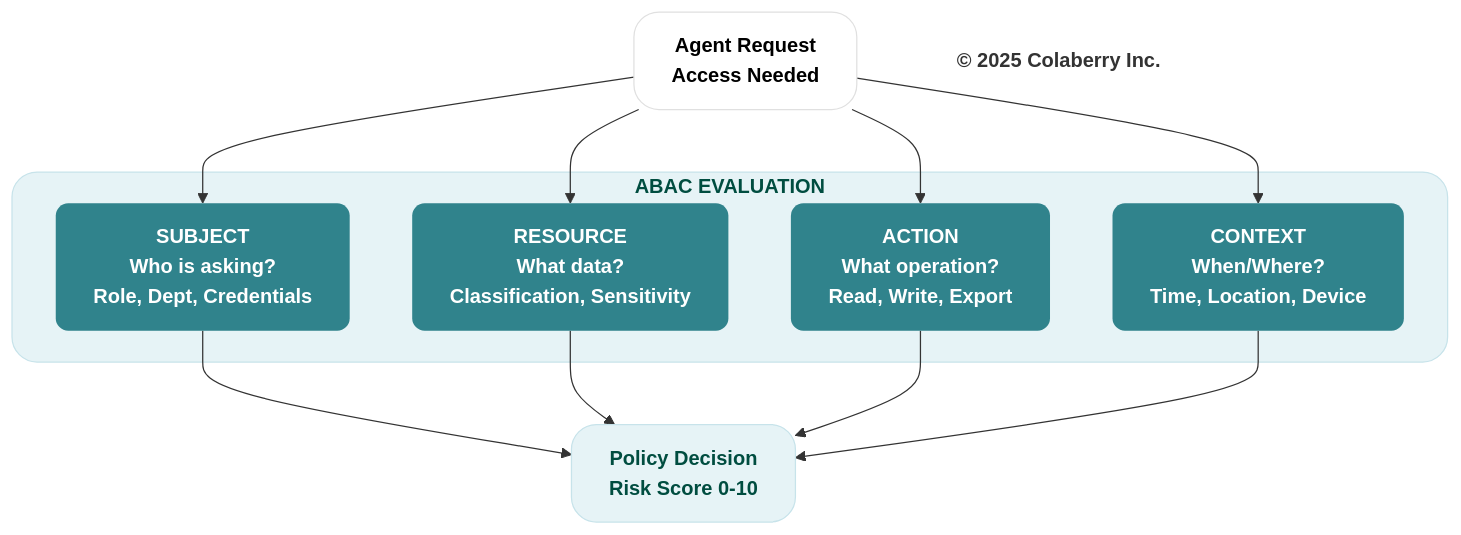
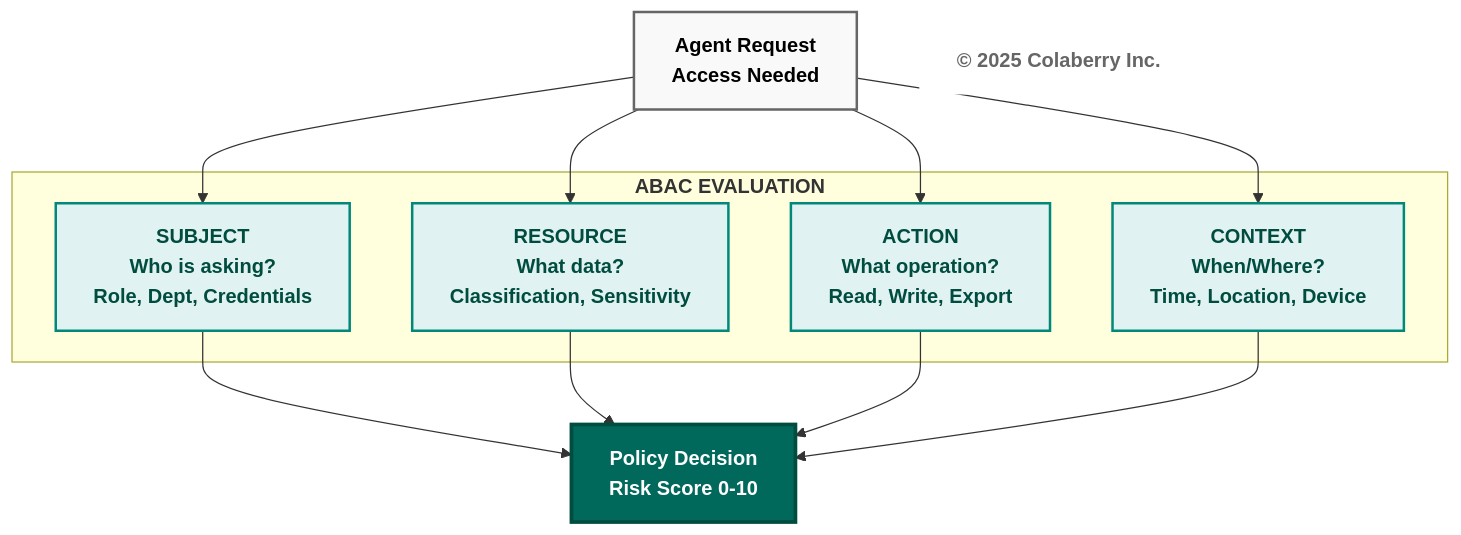
The fifth of 14 diagrams in manuscript/07_chapter_6_transparency_orchestration_layers.md (saitejesh-cyber/trust-before-intelligence-book), drawn with Mermaid before and after one commit. The commit also changed other lines of this file and 12 other files, not shown here.

Commit message:
Restore legacy Mermaid styles for Option 1

````diff
--- a/manuscript/07_chapter_6_transparency_orchestration_layers.md
+++ b/manuscript/07_chapter_6_transparency_orchestration_layers.md
@@ -400,33 +397,32 @@
 ```mermaid
 graph TB
     Query["<b>Agent Request</b><br/><b>Access Needed</b>"]
     
-    subgraph ABAC_EVAL["<b>ABAC EVALUATION</b>"]
+    subgraph "<b>ABAC EVALUATION</b>"
         S["<b>SUBJECT</b><br/><b>Who is asking?</b><br/><b>Role, Dept, Credentials</b>"]
         R["<b>RESOURCE</b><br/><b>What data?</b><br/><b>Classification, Sensitivity</b>"]
         A["<b>ACTION</b><br/><b>What operation?</b><br/><b>Read, Write, Export</b>"]
         C["<b>CONTEXT</b><br/><b>When/Where?</b><br/><b>Time, Location, Device</b>"]
     end
     
     Policy["<b>Policy Decision</b><br/><b>Risk Score 0-10</b>"]
     
     Copyright["<b>© 2025 Colaberry Inc.</b>"]
     
     Query --> S
     Query --> R
     Query --> A
     Query --> C
     S --> Policy
     R --> Policy
     A --> Policy
     C --> Policy
     
-    style Query fill:#ffffff,stroke:#e0e0e0,stroke-width:1px,color:#000000,rx:20,ry:20
-    style S fill:#30838C,stroke:none,color:#ffffff,rx:10,ry:10
-    style R fill:#30838C,stroke:none,color:#ffffff,rx:10,ry:10
-    style A fill:#30838C,stroke:none,color:#ffffff,rx:10,ry:10
-    style C fill:#30838C,stroke:none,color:#ffffff,rx:10,ry:10
-    style Policy fill:#e6f3f6,stroke:#c7e3ea,stroke-width:1px,color:#004d40,rx:20,ry:20
-    style ABAC_EVAL fill:#e6f3f6,stroke:#c7e3ea,stroke-width:1px,color:#004d40,rx:20,ry:20
-    style Copyright fill:none,stroke:none,color:#333333
+    style Query fill:#f9f9f9,stroke:#666666,stroke-width:2px,color:#000000
+    style S fill:#e0f2f1,stroke:#00897b,stroke-width:2px,color:#004d40
+    style R fill:#e0f2f1,stroke:#00897b,stroke-width:2px,color:#004d40
+    style A fill:#e0f2f1,stroke:#00897b,stroke-width:2px,color:#004d40
+    style C fill:#e0f2f1,stroke:#00897b,stroke-width:2px,color:#004d40
+    style Policy fill:#00695c,color:#ffffff,stroke:#004d40,stroke-width:3px
+    style Copyright fill:#ffffff,stroke:none,color:#666666
 ```
````
